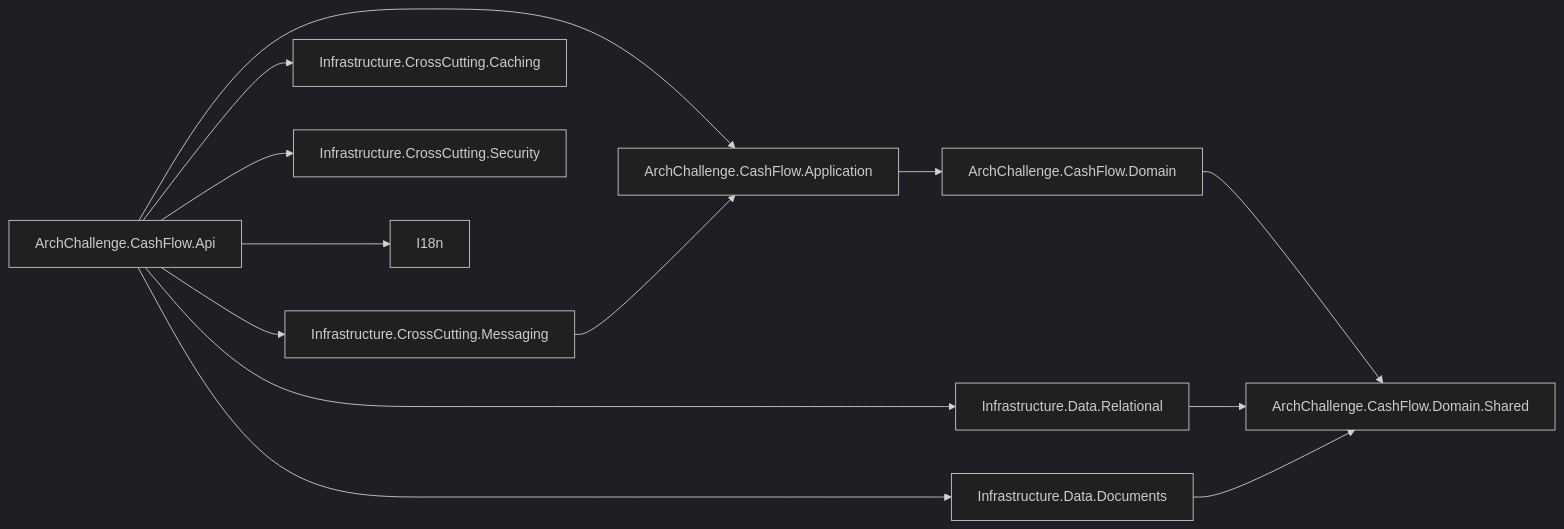
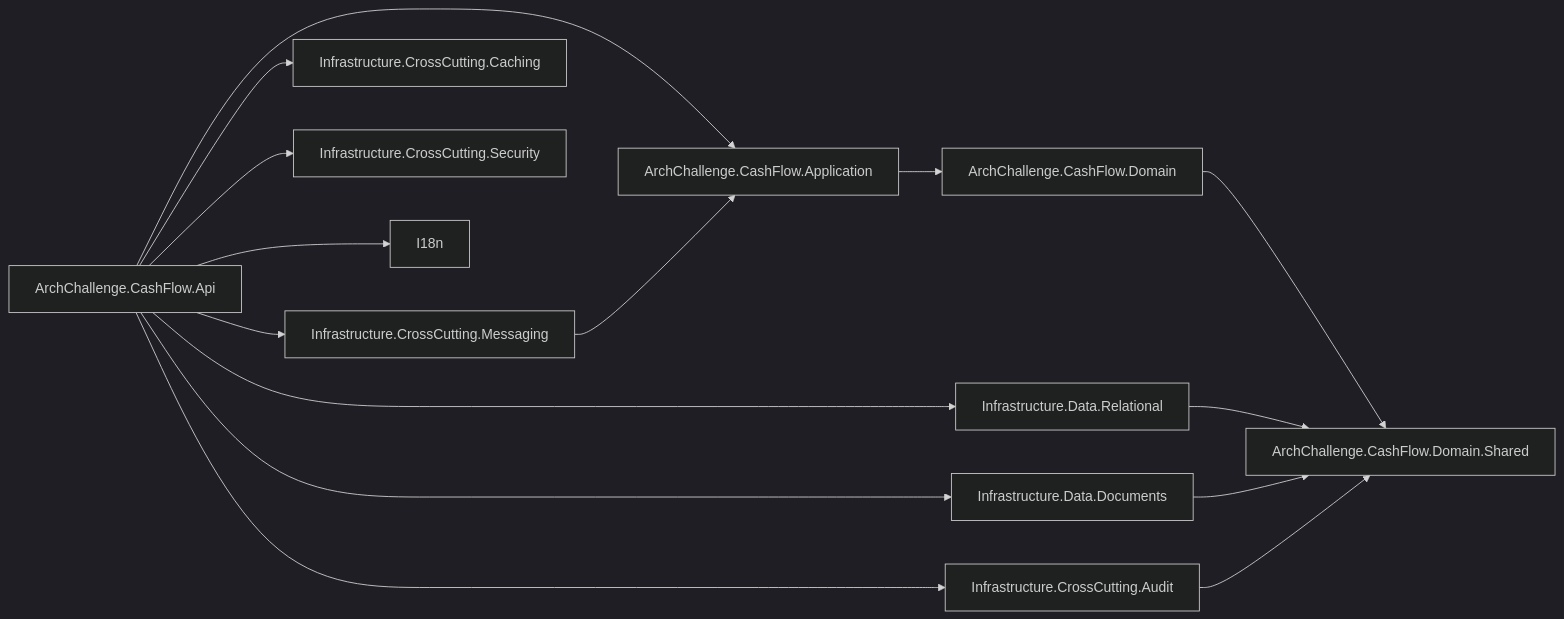
Before and after one commit to filipececcon/arch-challenge: the first of 2 diagrams in docs/architecture/cashflow/README.md, drawn with Mermaid (dark theme). The commit also changed other lines of this file and 167 other files, not shown here.

Commit message:
fix schemas, serialize e docs

````diff
--- a/docs/architecture/cashflow/README.md
+++ b/docs/architecture/cashflow/README.md
@@ -11,29 +11,32 @@
 ```mermaid
 flowchart LR
   Api["ArchChallenge.CashFlow.Api"]
   App["ArchChallenge.CashFlow.Application"]
   Dom["ArchChallenge.CashFlow.Domain"]
   DSh["ArchChallenge.CashFlow.Domain.Shared"]
   Rel["Infrastructure.Data.Relational"]
   Doc["Infrastructure.Data.Documents"]
   Msg["Infrastructure.CrossCutting.Messaging"]
   Cch["Infrastructure.CrossCutting.Caching"]
   Sec["Infrastructure.CrossCutting.Security"]
   I18["I18n"]
 
   Api --> App
   App --> Dom
   Dom --> DSh
 
   Api --> Rel
   Api --> Doc
   Api --> Msg
   Api --> Cch
   Api --> Sec
   Api --> I18
 
   Rel --> DSh
   Doc --> DSh
 
   Msg --> App
+
+  Api --> Aud["Infrastructure.CrossCutting.Audit"]
+  Aud --> DSh
 ```
````
